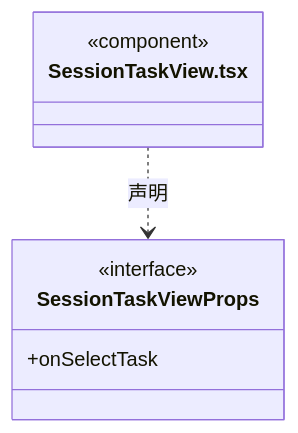
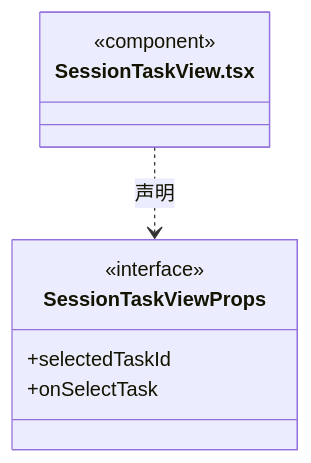
One commit to nan023062/cbim changed diagram 20 of 29 in src/frontend/tasks/ARCHITECTURE.md. Above: the diagram before and after it, drawn with Mermaid. The commit also changed other lines of this file and 47 other files, not shown here.

````diff
--- a/src/frontend/tasks/ARCHITECTURE.md
+++ b/src/frontend/tasks/ARCHITECTURE.md
@@ -274,11 +382,12 @@
 ```mermaid
 classDiagram
 class N_src_frontend_tasks_SessionTaskView_tsx["SessionTaskView.tsx"] {
   <<component>>
 }
 class N_src_frontend_tasks_SessionTaskView_tsx_SessionTaskViewProps["SessionTaskViewProps"] {
   <<interface>>
+  +selectedTaskId
   +onSelectTask
 }
 N_src_frontend_tasks_SessionTaskView_tsx ..> N_src_frontend_tasks_SessionTaskView_tsx_SessionTaskViewProps : 声明
 ```
````
